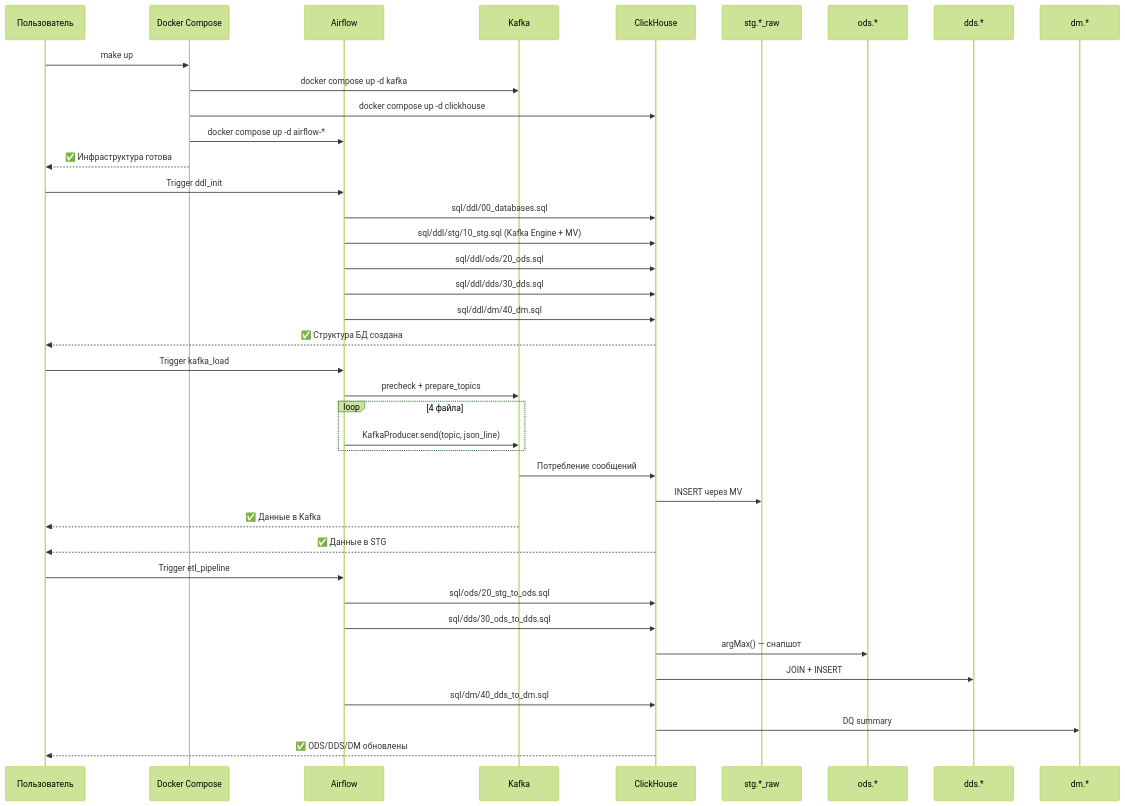
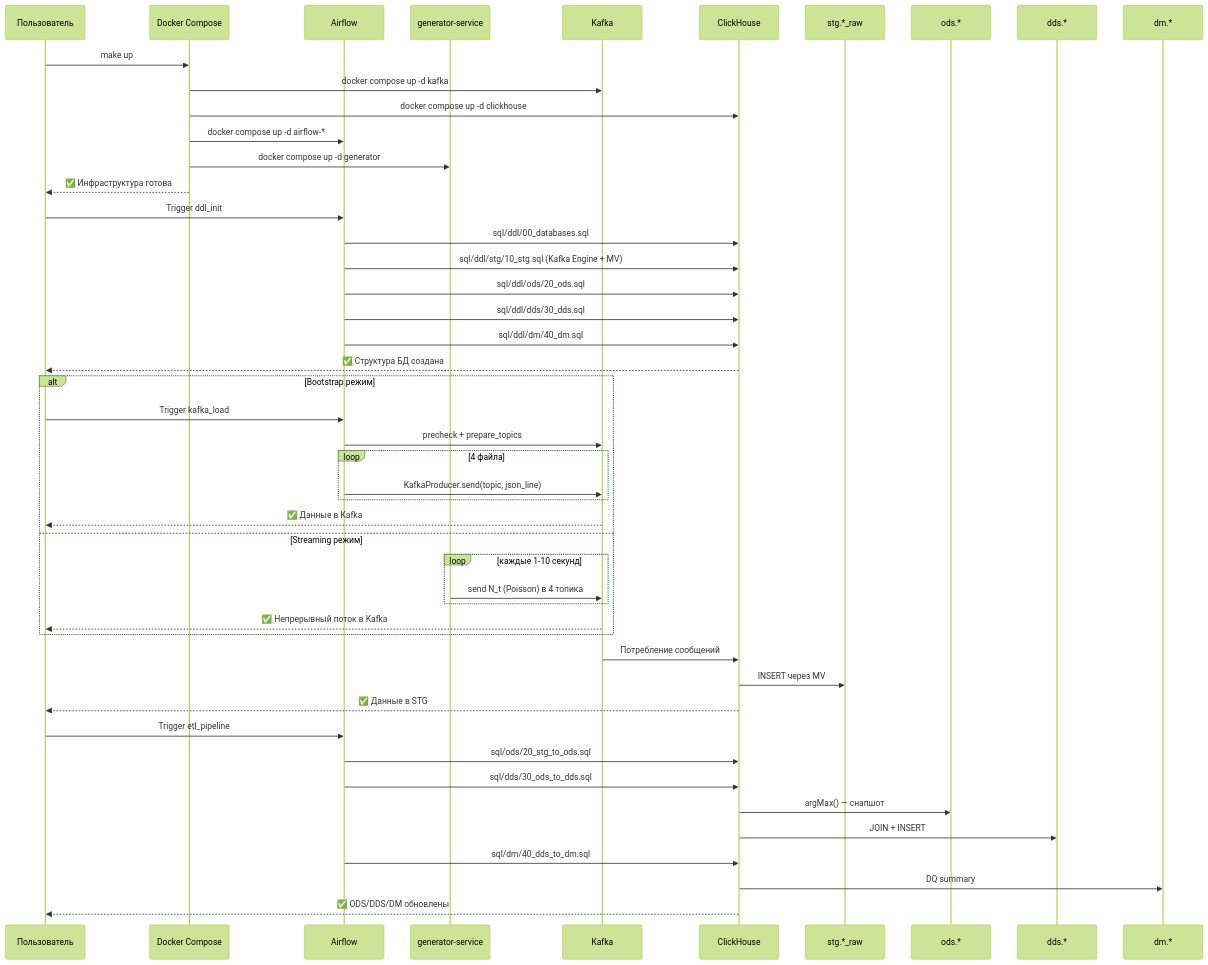
Before and after one commit to dementev-dev/clickstream-ch-kafka-superset-demo: the third of 6 diagrams in docs/ARCHITECTURE.md, drawn with Mermaid (forest theme). The commit also changed other lines of this file and 3 other files, not shown here.

````diff
--- a/docs/ARCHITECTURE.md
+++ b/docs/ARCHITECTURE.md
@@ -345,45 +362,55 @@
 ```mermaid
 sequenceDiagram
     participant User as Пользователь
     participant Compose as Docker Compose
     participant Airflow as Airflow
+    participant Gen as generator-service
     participant K as Kafka
     participant CH as ClickHouse
     participant STG as stg.*_raw
     participant ODS as ods.*
     participant DDS as dds.*
     participant DM as dm.*
 
     User->>Compose: make up
     Compose->>K: docker compose up -d kafka
     Compose->>CH: docker compose up -d clickhouse
     Compose->>Airflow: docker compose up -d airflow-*
+    Compose->>Gen: docker compose up -d generator
     Compose-->>User: ✅ Инфраструктура готова
 
     User->>Airflow: Trigger ddl_init
     Airflow->>CH: sql/ddl/00_databases.sql
     Airflow->>CH: sql/ddl/stg/10_stg.sql (Kafka Engine + MV)
     Airflow->>CH: sql/ddl/ods/20_ods.sql
     Airflow->>CH: sql/ddl/dds/30_dds.sql
     Airflow->>CH: sql/ddl/dm/40_dm.sql
     CH-->>User: ✅ Структура БД создана
 
-    User->>Airflow: Trigger kafka_load
-    Airflow->>K: precheck + prepare_topics
-    loop 4 файла
-        Airflow->>K: KafkaProducer.send(topic, json_line)
+    alt Bootstrap режим
+        User->>Airflow: Trigger kafka_load
+        Airflow->>K: precheck + prepare_topics
+        loop 4 файла
+            Airflow->>K: KafkaProducer.send(topic, json_line)
+        end
+        K-->>User: ✅ Данные в Kafka
+    else Streaming режим
+        loop каждые 1-10 секунд
+            Gen->>K: send N_t (Poisson) в 4 топика
+        end
+        K-->>User: ✅ Непрерывный поток в Kafka
     end
+
     K->>CH: Потребление сообщений
     CH->>STG: INSERT через MV
-    K-->>User: ✅ Данные в Kafka
     CH-->>User: ✅ Данные в STG
 
     User->>Airflow: Trigger etl_pipeline
     Airflow->>CH: sql/ods/20_stg_to_ods.sql
     Airflow->>CH: sql/dds/30_ods_to_dds.sql
     CH->>ODS: argMax() — снапшот
     CH->>DDS: JOIN + INSERT
     Airflow->>CH: sql/dm/40_dds_to_dm.sql
     CH->>DM: DQ summary
     CH-->>User: ✅ ODS/DDS/DM обновлены
 ```
````
